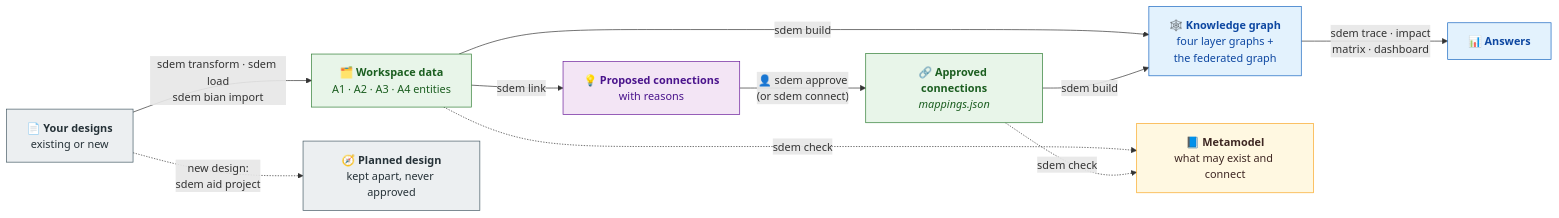
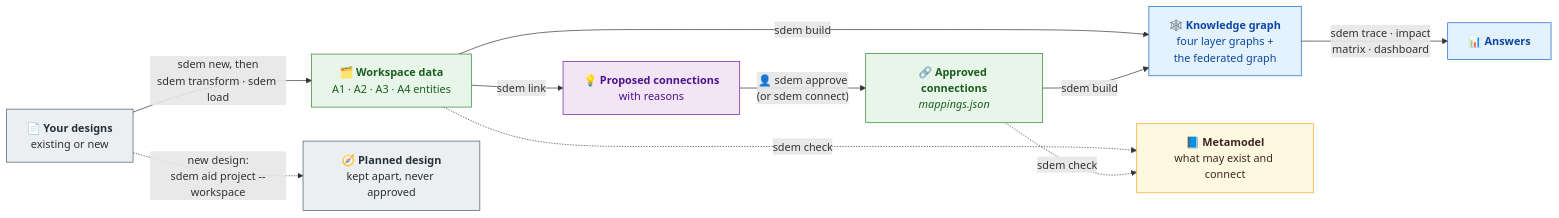
Before and after one commit to taumoeps/bian-sdem-framework: the fourth of 9 diagrams in README.md, drawn with Mermaid. The commit also changed other lines of this file and 33 other files, not shown here.

````diff
--- a/README.md
+++ b/README.md
@@ -104,30 +104,30 @@
 ```mermaid
 flowchart LR
     IN["📄 <b>Your designs</b><br/>existing or new"]
     D["🗂️ <b>Workspace data</b><br/>A1 · A2 · A3 · A4 entities"]
     P["💡 <b>Proposed connections</b><br/>with reasons"]
     C["🔗 <b>Approved connections</b><br/><i>mappings.json</i>"]
     K["🕸️ <b>Knowledge graph</b><br/>four layer graphs +<br/>the federated graph"]
     A["📊 <b>Answers</b>"]
     PL["🧭 <b>Planned design</b><br/>kept apart, never approved"]
     MM["📘 <b>Metamodel</b><br/>what may exist and connect"]
-    IN -->|"sdem transform · sdem load<br/>sdem bian import"| D
-    IN -.->|"new design:<br/>sdem aid project"| PL
+    IN -->|"sdem new, then<br/>sdem transform · sdem load"| D
+    IN -.->|"new design:<br/>sdem aid project --workspace"| PL
     D -->|"sdem link"| P
     P -->|"👤 sdem approve<br/>(or sdem connect)"| C
     D -->|"sdem build"| K
     C -->|"sdem build"| K
     K -->|"sdem trace · impact<br/>matrix · dashboard"| A
     D -.->|"sdem check"| MM
     C -.->|"sdem check"| MM
     classDef r fill:#FFF8E1,stroke:#F9A825,color:#3E2723
     classDef d fill:#E8F5E9,stroke:#2E7D32,color:#1B5E20
     classDef g fill:#E3F2FD,stroke:#1565C0,color:#0D47A1
     classDef p fill:#F3E5F5,stroke:#6A1B9A,color:#4A148C
     classDef o fill:#ECEFF1,stroke:#455A64,color:#263238
     class MM r
     class D,C d
     class K,A g
     class P p
     class IN,PL o
 ```
````
